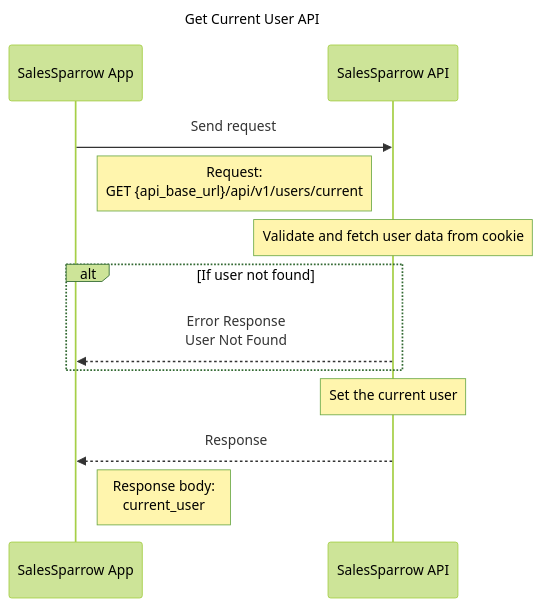
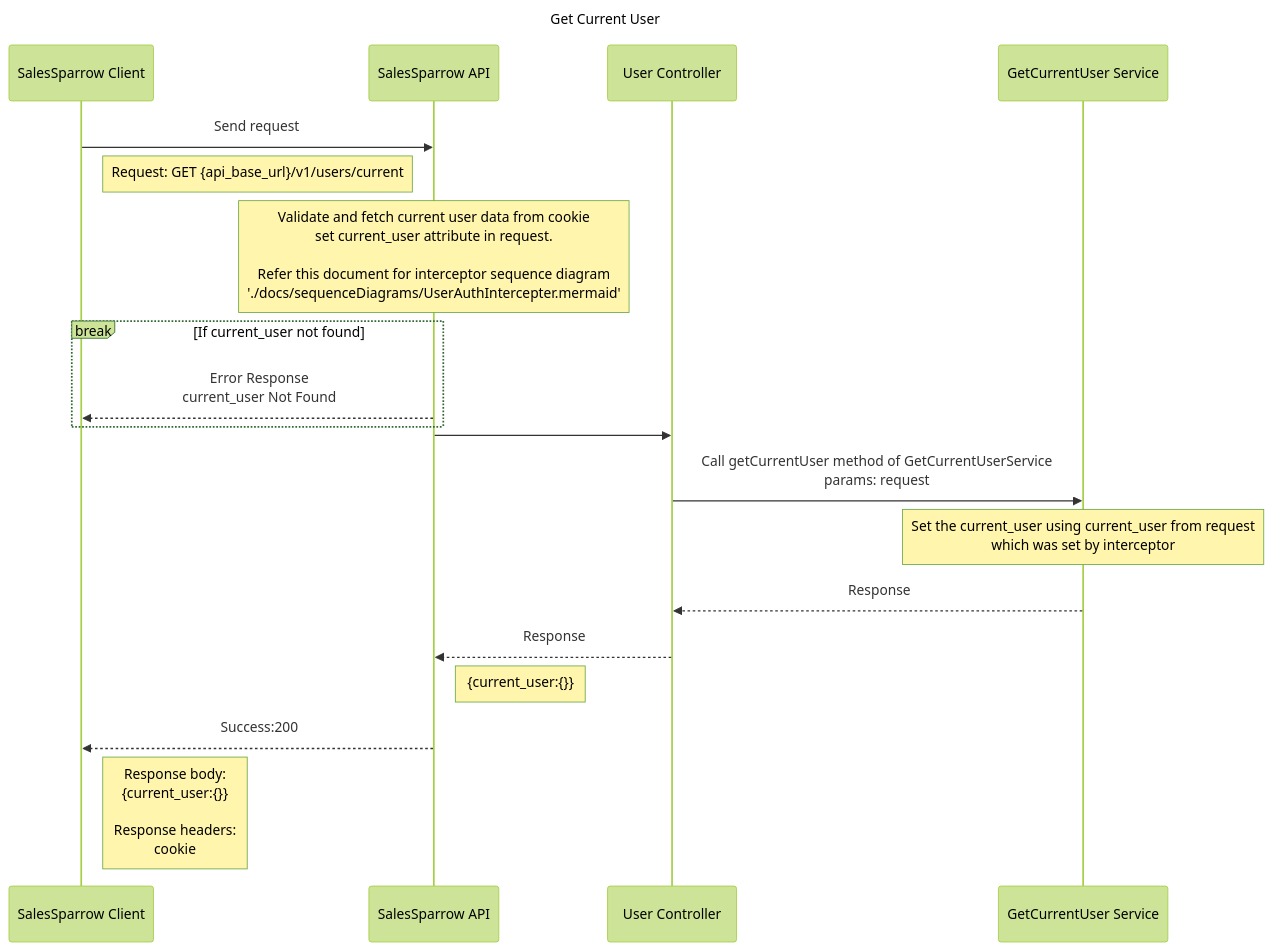
One commit to TrueSparrowSystems/AI-SalesSparrow-Docs changed the diagram in sequenceDiagrams/User/GetCurrentUser.mermaid. Above: the diagram before and after it, drawn with Mermaid (forest theme). The commit also changed 1 other file, not shown here.

Commit message:
Updated Sequence diagrams for Redirecturl & getcurrentUser.

```diff
--- a/sequenceDiagrams/User/GetCurrentUser.mermaid
+++ b/sequenceDiagrams/User/GetCurrentUser.mermaid
@@ -1,16 +1,26 @@
 sequenceDiagram
-  title Get Current User API
-    participant ui as SalesSparrow App
+  title Get Current User
+    participant ui as SalesSparrow Client
     participant api as SalesSparrow API
+    participant controller as User Controller
+    participant service as GetCurrentUser Service
 
     ui->>api:  Send request 
-    note right of ui: Request: <br>GET {api_base_url}/api/v1/users/current
+    note right of ui: Request: GET {api_base_url}/v1/users/current
 
-    note over api: Validate and fetch user data from cookie
-    alt If user not found
-        api-->>ui: Error Response<br>User Not Found
+    note over api: Validate and fetch current user data from cookie<br>set current_user attribute in request.<br><br>Refer this document for interceptor sequence diagram <br> './docs/sequenceDiagrams/UserAuthIntercepter.mermaid'
+    break If current_user not found
+        api-->>ui: Error Response<br>current_user Not Found
     end
-    note over api: Set the current user
 
-    api-->>ui: Response
-    note right of ui: Response body: <br>current_user
+    api->>controller: 
+    
+    controller->>service: Call getCurrentUser method of GetCurrentUserService<br> params: request
+    note over service: Set the current_user using current_user from request<br>which was set by interceptor 
+
+    service-->> controller: Response
+    controller-->>api: Response
+    note right of api: {current_user:{}}
+
+    api-->>ui: Success:200
+    note right of ui: Response body: <br> {current_user:{}}<br><br>Response headers:<br> cookie 
```
